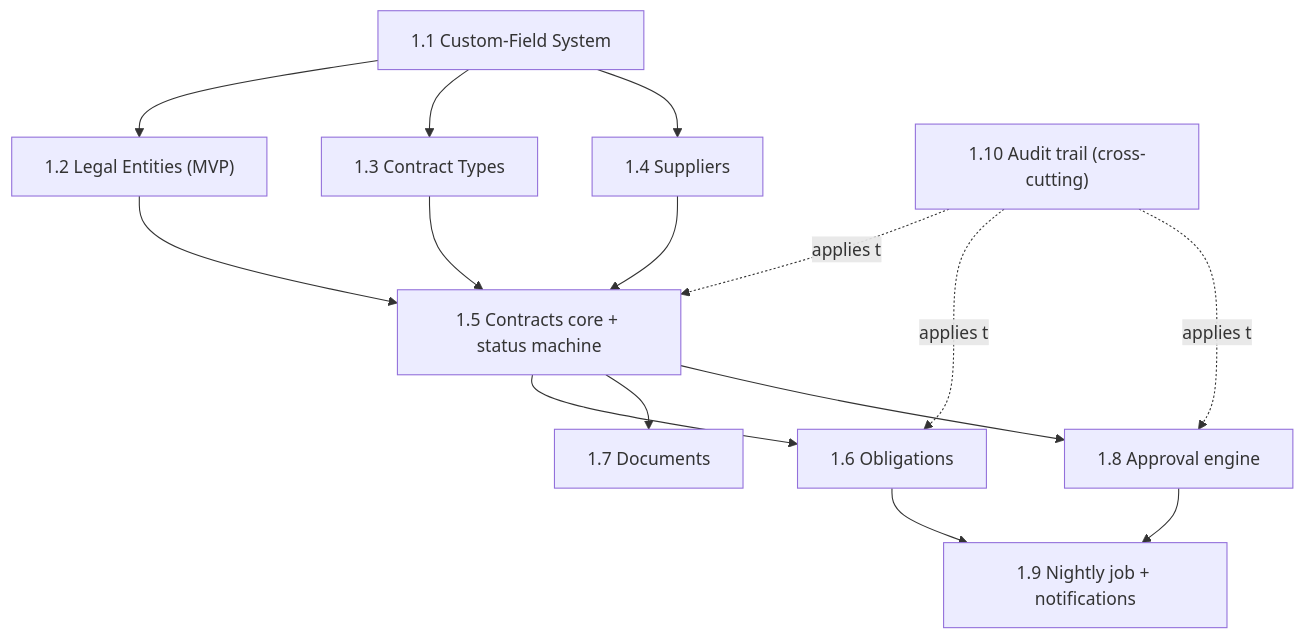
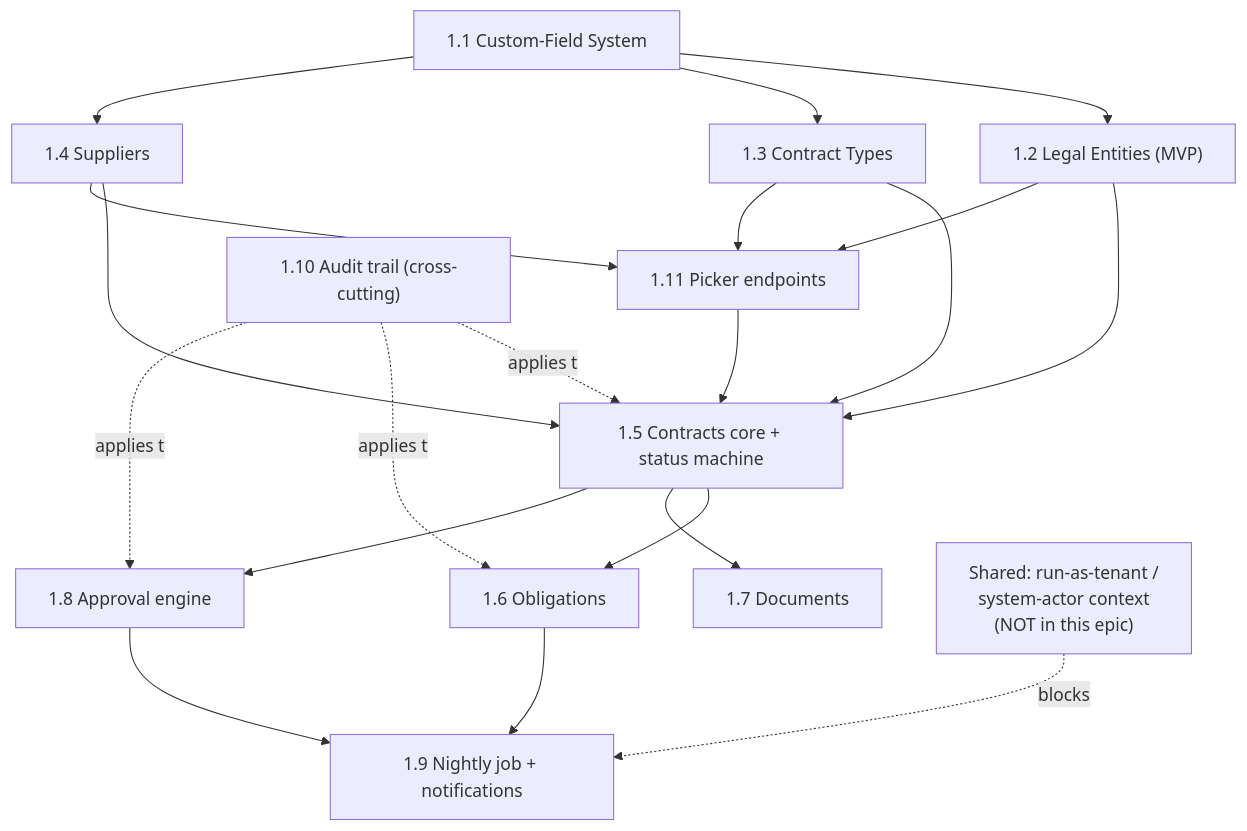
The fifth of 6 diagrams in docs/project/epics/epic-9-legal.md (pgnaleen/nexus-crm), drawn with Mermaid before and after one commit. The commit also changed other lines of this file and 11 other files, not shown here.

````diff
--- a/docs/project/epics/epic-9-legal.md
+++ b/docs/project/epics/epic-9-legal.md
@@ -267,17 +334,22 @@
 ```mermaid
 flowchart TD
     S11["1.1 Custom-Field System"] --> S12["1.2 Legal Entities (MVP)"]
     S11 --> S13["1.3 Contract Types"]
     S11 --> S14["1.4 Suppliers"]
     S12 --> S15["1.5 Contracts core + status machine"]
     S13 --> S15
     S14 --> S15
+    S111["1.11 Picker endpoints"] --> S15
+    S12 --> S111
+    S13 --> S111
+    S14 --> S111
     S15 --> S16["1.6 Obligations"]
     S15 --> S17["1.7 Documents"]
     S15 --> S18["1.8 Approval engine"]
     S16 --> S19["1.9 Nightly job + notifications"]
     S18 --> S19
+    RAT["Shared: run-as-tenant /<br/>system-actor context<br/>(NOT in this epic)"] -.blocks.-> S19
     S110["1.10 Audit trail (cross-cutting)"] -.applies to.-> S15
     S110 -.applies to.-> S16
     S110 -.applies to.-> S18
 ```
````
